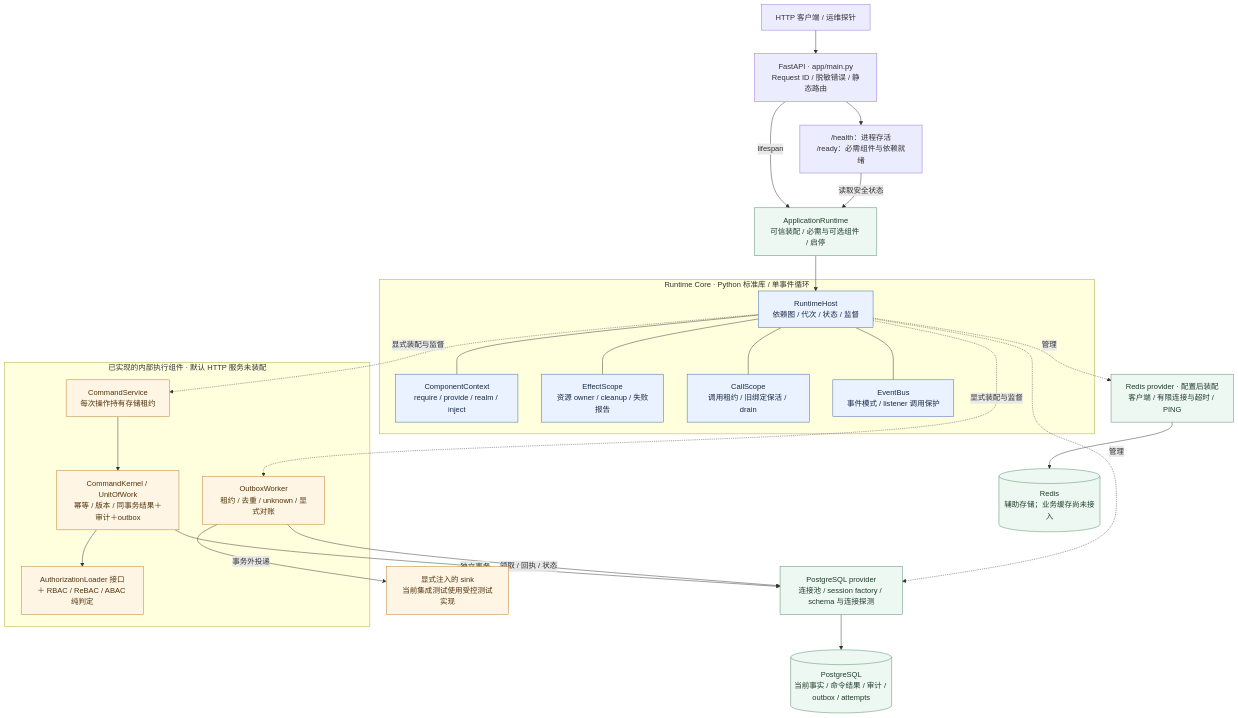
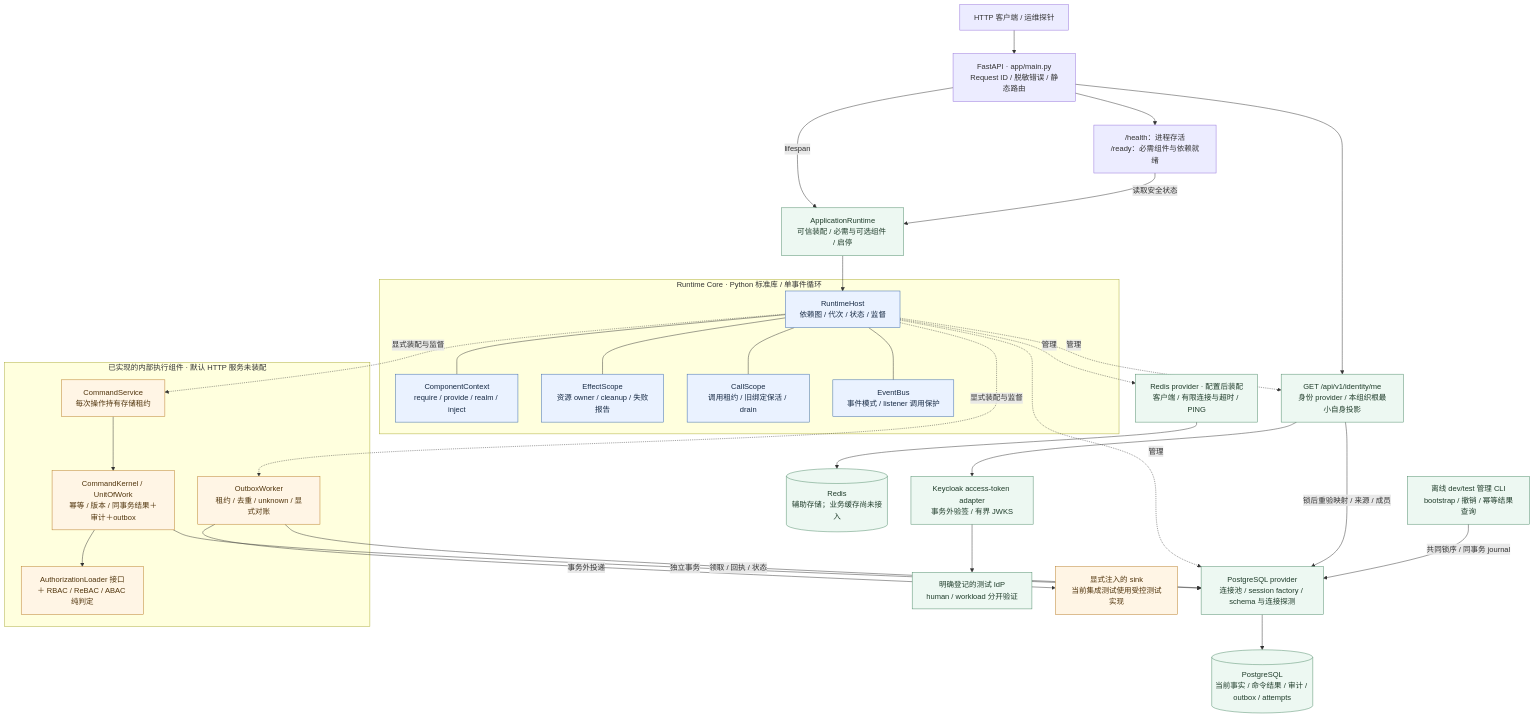
One commit to OrchestraCorp/Stage changed the diagram in docs/diagrams/stage-current-code.mmd. Above: the diagram before and after it, drawn with Mermaid. The commit also changed 67 other files, not shown here.

```diff
--- a/docs/diagrams/stage-current-code.mmd
+++ b/docs/diagrams/stage-current-code.mmd
@@ -1,45 +1,51 @@
 flowchart TB
     HTTP["HTTP 客户端 / 运维探针"] --> API["FastAPI · app/main.py<br/>Request ID / 脱敏错误 / 静态路由"]
     API --> PROBE["/health：进程存活<br/>/ready：必需组件与依赖就绪"]
+    API --> IDENTITY["GET /api/v1/identity/me<br/>身份 provider / 本组织根最小自身投影"]
     API -->|lifespan| BOOT["ApplicationRuntime<br/>可信装配 / 必需与可选组件 / 启停"]
 
     subgraph CORE["Runtime Core · Python 标准库 / 单事件循环"]
         HOST["RuntimeHost<br/>依赖图 / 代次 / 状态 / 监督"]
         CTX["ComponentContext<br/>require / provide / realm / inject"]
         EFFECT["EffectScope<br/>资源 owner / cleanup / 失败报告"]
         CALL["CallScope<br/>调用租约 / 旧绑定保活 / drain"]
         EVENT["EventBus<br/>事件模式 / listener 调用保护"]
         HOST --- CTX
         HOST --- EFFECT
         HOST --- CALL
         HOST --- EVENT
     end
 
     BOOT --> HOST
     PROBE -->|读取安全状态| BOOT
     HOST -.管理.-> STORAGE["PostgreSQL provider<br/>连接池 / session factory / schema 与连接探测"]
     HOST -.管理.-> CACHE["Redis provider · 配置后装配<br/>客户端 / 有限连接与超时 / PING"]
+    HOST -.管理.-> IDENTITY
+    IDENTITY --> AUTHN["Keycloak access-token adapter<br/>事务外验签 / 有界 JWKS"]
+    AUTHN --> IDP["明确登记的测试 IdP<br/>human / workload 分开验证"]
+    IDENTITY -->|锁后重验映射 / 来源 / 成员| STORAGE
+    ADMIN["离线 dev/test 管理 CLI<br/>bootstrap / 撤销 / 幂等结果查询"] -->|共同锁序 / 同事务 journal| STORAGE
     STORAGE --> PG[("PostgreSQL<br/>当前事实 / 命令结果 / 审计 / outbox / attempts")]
     CACHE --> REDIS[("Redis<br/>辅助存储；业务缓存尚未接入")]
 
     subgraph INTERNAL["已实现的内部执行组件 · 默认 HTTP 服务未装配"]
         COMMAND["CommandService<br/>每次操作持有存储租约"]
         KERNEL["CommandKernel / UnitOfWork<br/>幂等 / 版本 / 同事务结果＋审计＋outbox"]
         AUTHZ["AuthorizationLoader 接口<br/>＋ RBAC / ReBAC / ABAC 纯判定"]
         WORKER["OutboxWorker<br/>租约 / 去重 / unknown / 显式对账"]
         COMMAND --> KERNEL
         KERNEL --> AUTHZ
     end
 
     HOST -.显式装配与监督.-> COMMAND
     HOST -.显式装配与监督.-> WORKER
     KERNEL -->|独立事务| STORAGE
     WORKER -->|领取 / 回执 / 状态| STORAGE
     WORKER -->|事务外投递| SINK["显式注入的 sink<br/>当前集成测试使用受控测试实现"]
 
     classDef core fill:#eaf2ff,stroke:#3565a8,color:#182b45;
     classDef adapter fill:#edf8f2,stroke:#4d8a68,color:#203d2b;
     classDef internal fill:#fff5e5,stroke:#b87b24,color:#51350d;
     class HOST,CTX,EFFECT,CALL,EVENT core;
-    class BOOT,STORAGE,CACHE,PG,REDIS adapter;
+    class BOOT,STORAGE,CACHE,PG,REDIS,IDENTITY,AUTHN,IDP,ADMIN adapter;
     class COMMAND,KERNEL,AUTHZ,WORKER,SINK internal;
```
